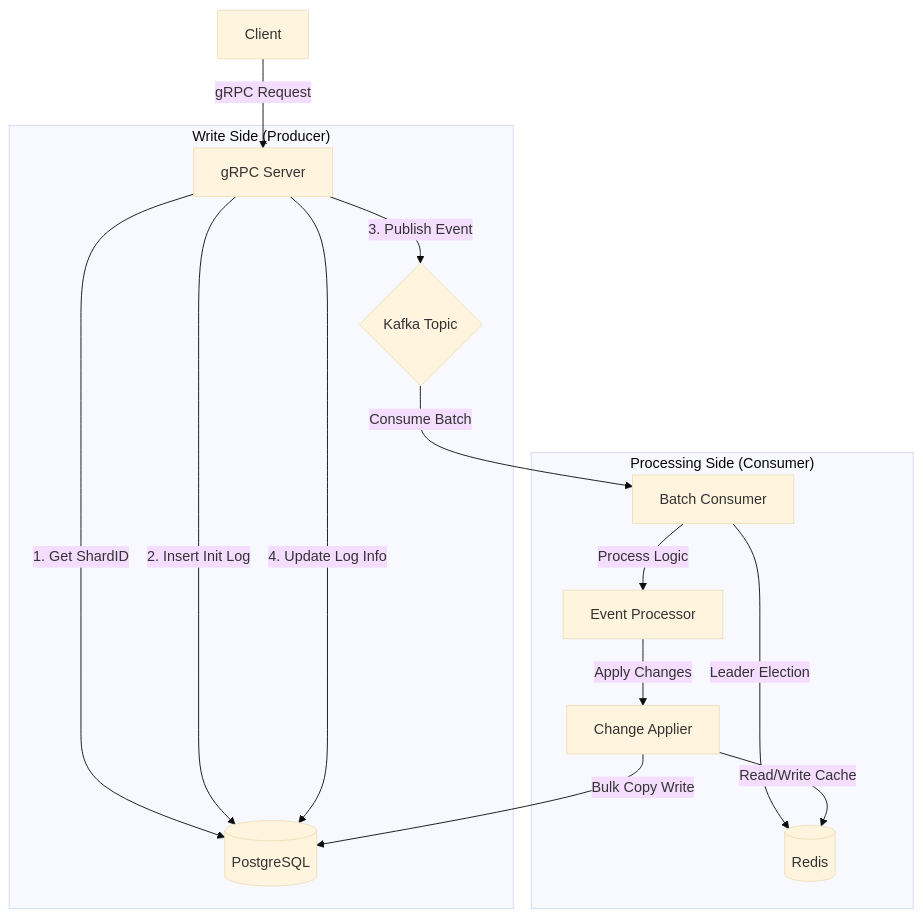
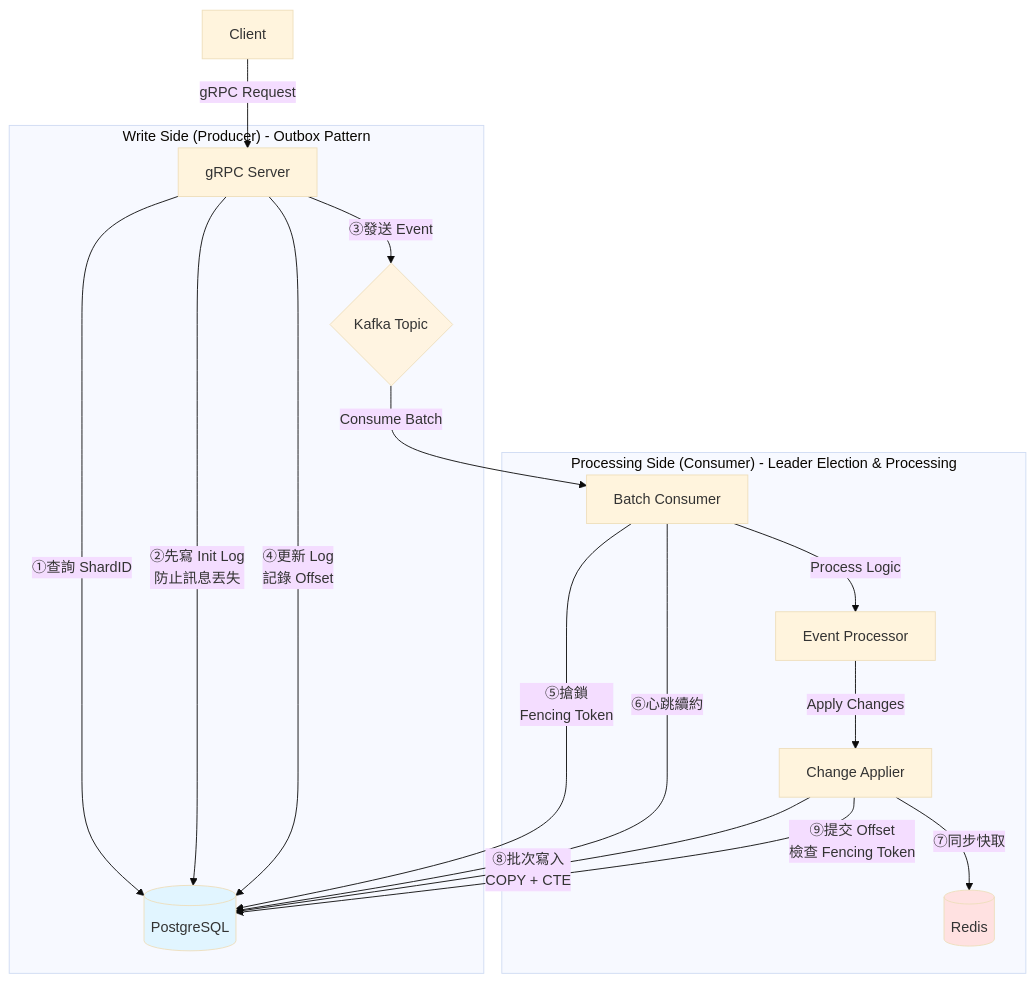
The diagram in src/go/data/axs/analysis_output/axs_architecture_analysis.md (shihyu/jason_note), drawn with Mermaid (base theme) before and after one commit. The commit also changed other lines of this file and 9 other files, not shown here.

````diff
--- a/src/go/data/axs/analysis_output/axs_architecture_analysis.md
+++ b/src/go/data/axs/analysis_output/axs_architecture_analysis.md
@@ -34,21 +34,27 @@
 ```mermaid
 graph TD
     Client[Client] -->|gRPC Request| API[gRPC Server]
-    
-    subgraph "Write Side (Producer)"
-        API -->|1. Get ShardID| DB[(PostgreSQL)]
-        API -->|2. Insert Init Log| DB
-        API -->|3. Publish Event| Kafka{Kafka Topic}
-        API -->|4. Update Log Info| DB
+
+    subgraph "Write Side (Producer) - Outbox Pattern"
+        API -->|①查詢 ShardID| DB[(PostgreSQL)]
+        API -->|②先寫 Init Log<br/>防止訊息丟失| DB
+        API -->|③發送 Event| Kafka{Kafka Topic}
+        API -->|④更新 Log<br/>記錄 Offset| DB
     end
-    
-    subgraph "Processing Side (Consumer)"
+
+    subgraph "Processing Side (Consumer) - Leader Election & Processing"
         Kafka -->|Consume Batch| Consumer[Batch Consumer]
-        Consumer -->|Leader Election| Redis[(Redis)]
+        Consumer -->|⑤搶鎖<br/>Fencing Token| DB
+        Consumer -->|⑥心跳續約| DB
         Consumer -->|Process Logic| Processor[Event Processor]
-        
+
         Processor -->|Apply Changes| Applier[Change Applier]
-        Applier -->|Read/Write Cache| Redis
-        Applier -->|Bulk Copy Write| DB
+        Applier -->|⑦同步快取| Redis[(Redis)]
+        Applier -->|⑧批次寫入<br/>COPY + CTE| DB
+        Applier -->|⑨提交 Offset<br/>檢查 Fencing Token| DB
     end
+
+    style DB fill:#e1f5ff
+    style Kafka fill:#fff4e1
+    style Redis fill:#ffe1e1
 ```
````
